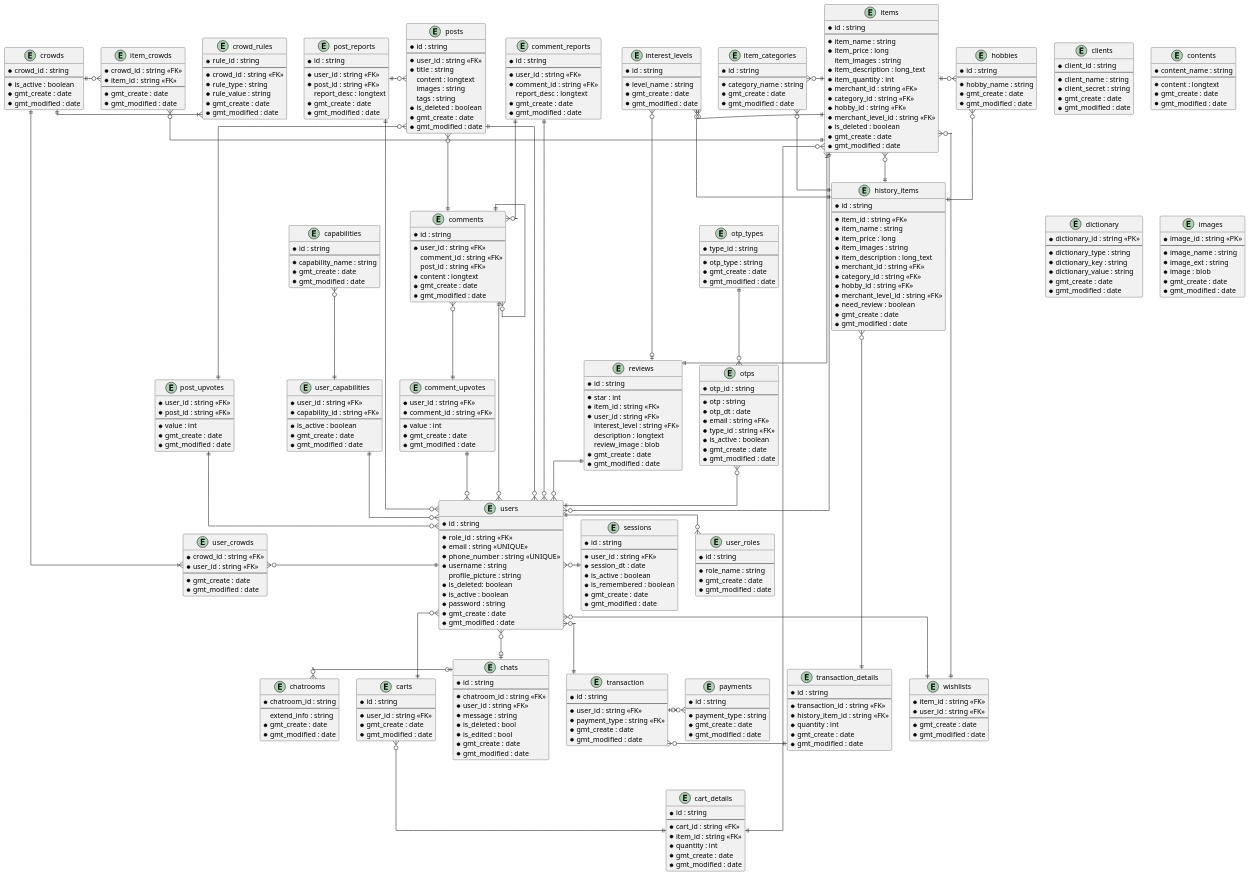
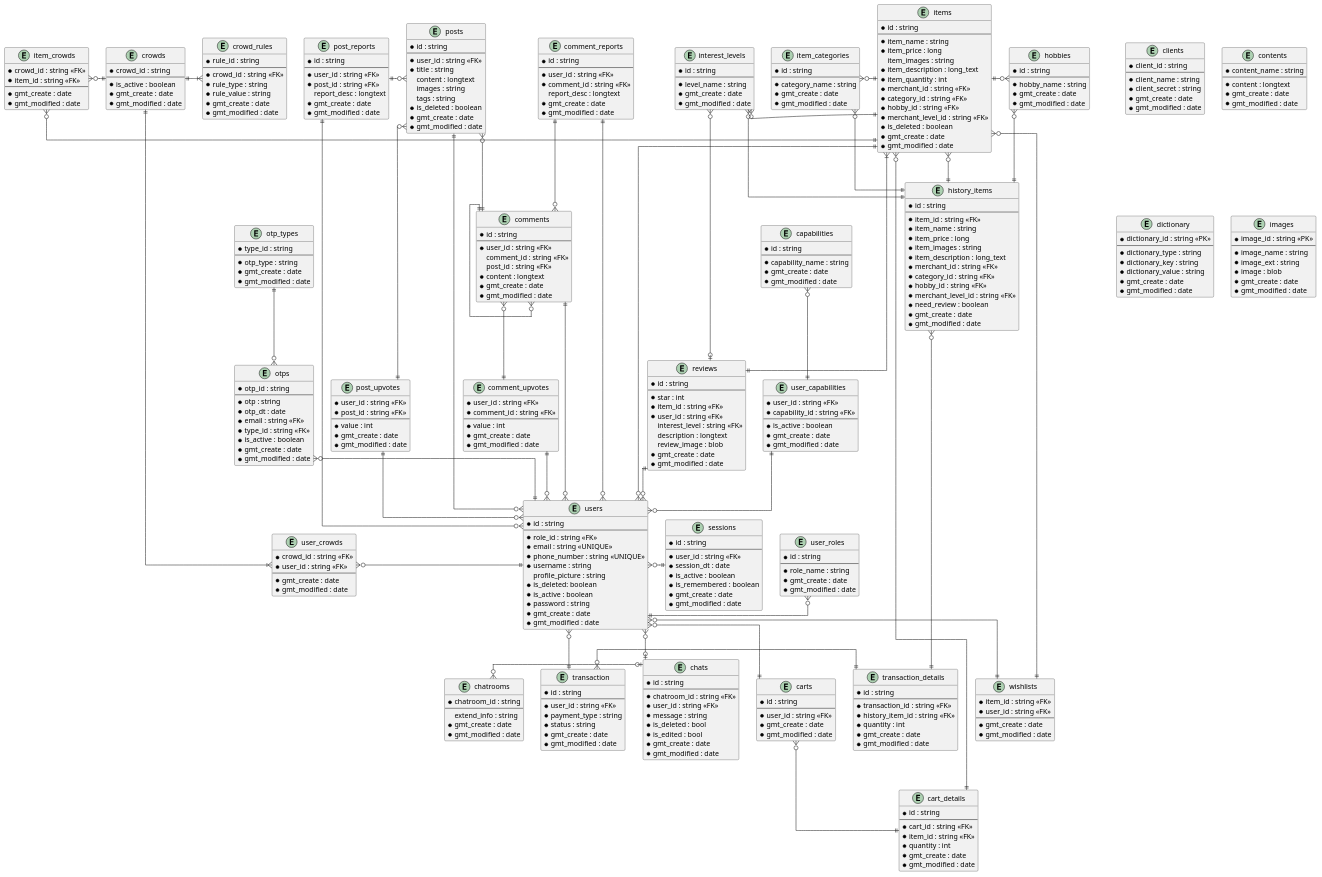
Before and after one commit to aldihsuhandi/skripsi-2023: the diagram in uml/ERD.pu, drawn with PlantUML. The commit also changed 11 other files, not shown here.

```diff
--- a/uml/ERD.pu
+++ b/uml/ERD.pu
@@ -77,14 +77,6 @@
     * gmt_modified : date
 }
 
-entity payments {
-    * id : string
-    --
-    * payment_type : string
-    * gmt_create : date
-    * gmt_modified : date
-}
-
 entity users {
     * id : string  
     --
@@ -150,7 +142,8 @@
     * id : string
     --
     * user_id : string <<FK>>
-    * payment_type : string <<FK>>
+    * payment_type : string
+    * status : string
     * gmt_create : date
     * gmt_modified : date
 }
@@ -385,7 +378,6 @@
 ' user_roles }o--|| users
 users ||-o{ user_roles
 
-transaction |o-o{ payments
 users }o--|| transaction
 transaction }o-|| transaction_details
 history_items }o-|| transaction_details
```
